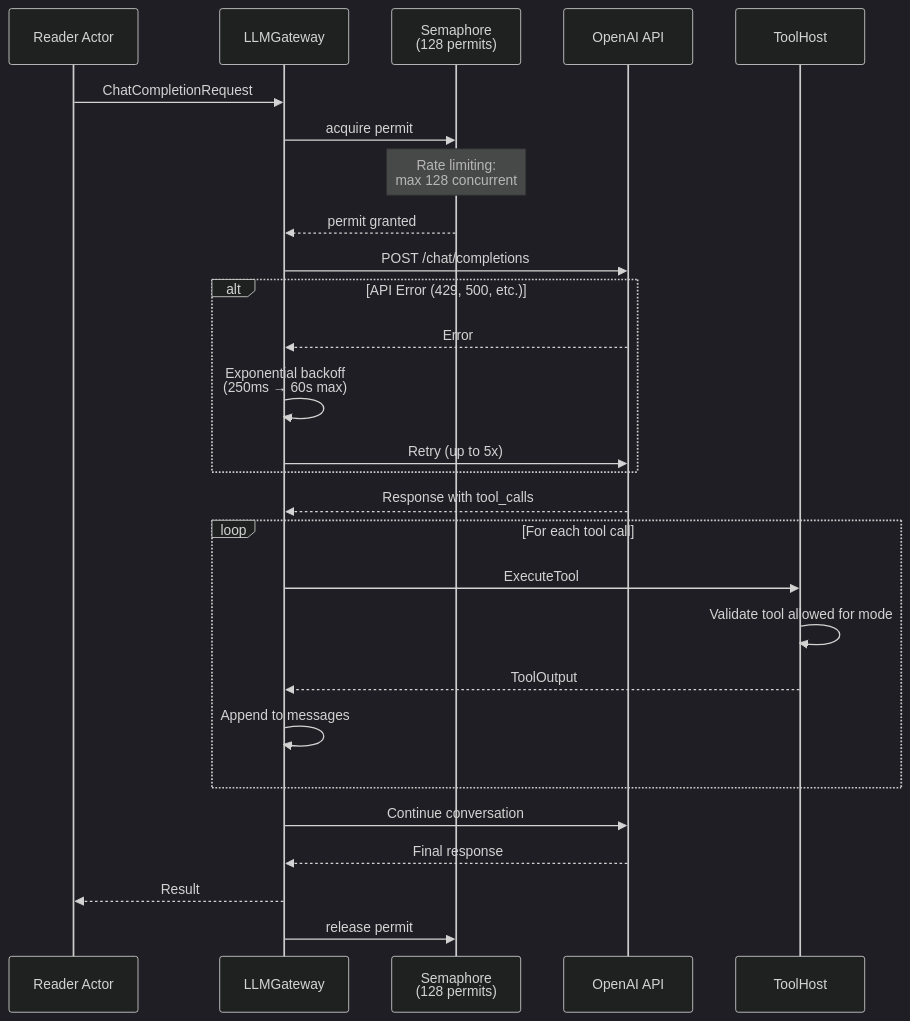
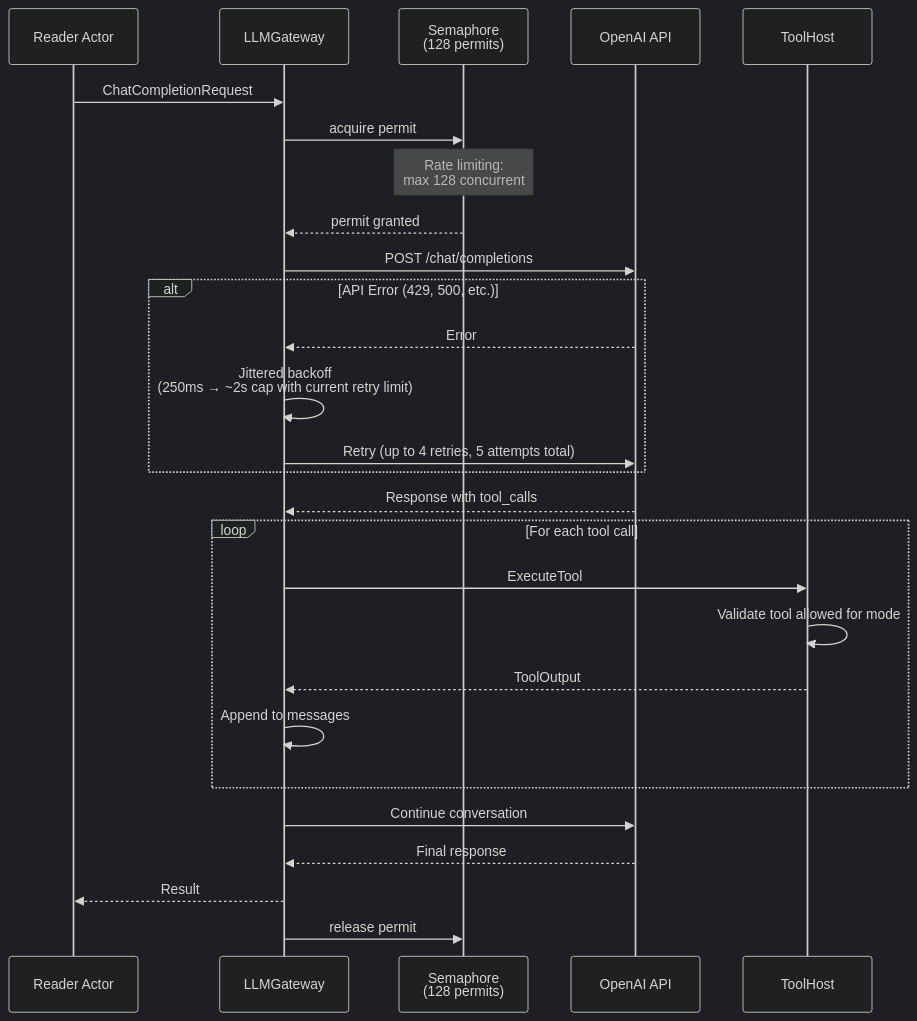
The fourth of 15 diagrams in README.md (DhruvDh/weaver), drawn with Mermaid (dark theme) before and after one commit. The commit also changed other lines of this file and 16 other files, not shown here.

````diff
--- a/README.md
+++ b/README.md
@@ -118,36 +118,36 @@
 ```mermaid
 sequenceDiagram
     participant R as Reader Actor
     participant GW as LLMGateway
     participant S as Semaphore<br/>(128 permits)
     participant API as OpenAI API
     participant TH as ToolHost
 
     R->>GW: ChatCompletionRequest
     GW->>S: acquire permit
     
     Note over S: Rate limiting:<br/>max 128 concurrent
     
     S-->>GW: permit granted
     GW->>API: POST /chat/completions
-    
+
     alt API Error (429, 500, etc.)
         API-->>GW: Error
-        GW->>GW: Exponential backoff<br/>(250ms → 60s max)
-        GW->>API: Retry (up to 5x)
+        GW->>GW: Jittered backoff<br/>(250ms → ~2s cap with current retry limit)
+        GW->>API: Retry (up to 4 retries, 5 attempts total)
     end
-    
+
     API-->>GW: Response with tool_calls
     
     loop For each tool call
         GW->>TH: ExecuteTool
         TH->>TH: Validate tool allowed for mode
         TH-->>GW: ToolOutput
         GW->>GW: Append to messages
     end
     
     GW->>API: Continue conversation
     API-->>GW: Final response
     GW-->>R: Result
     GW->>S: release permit
 ```
````
